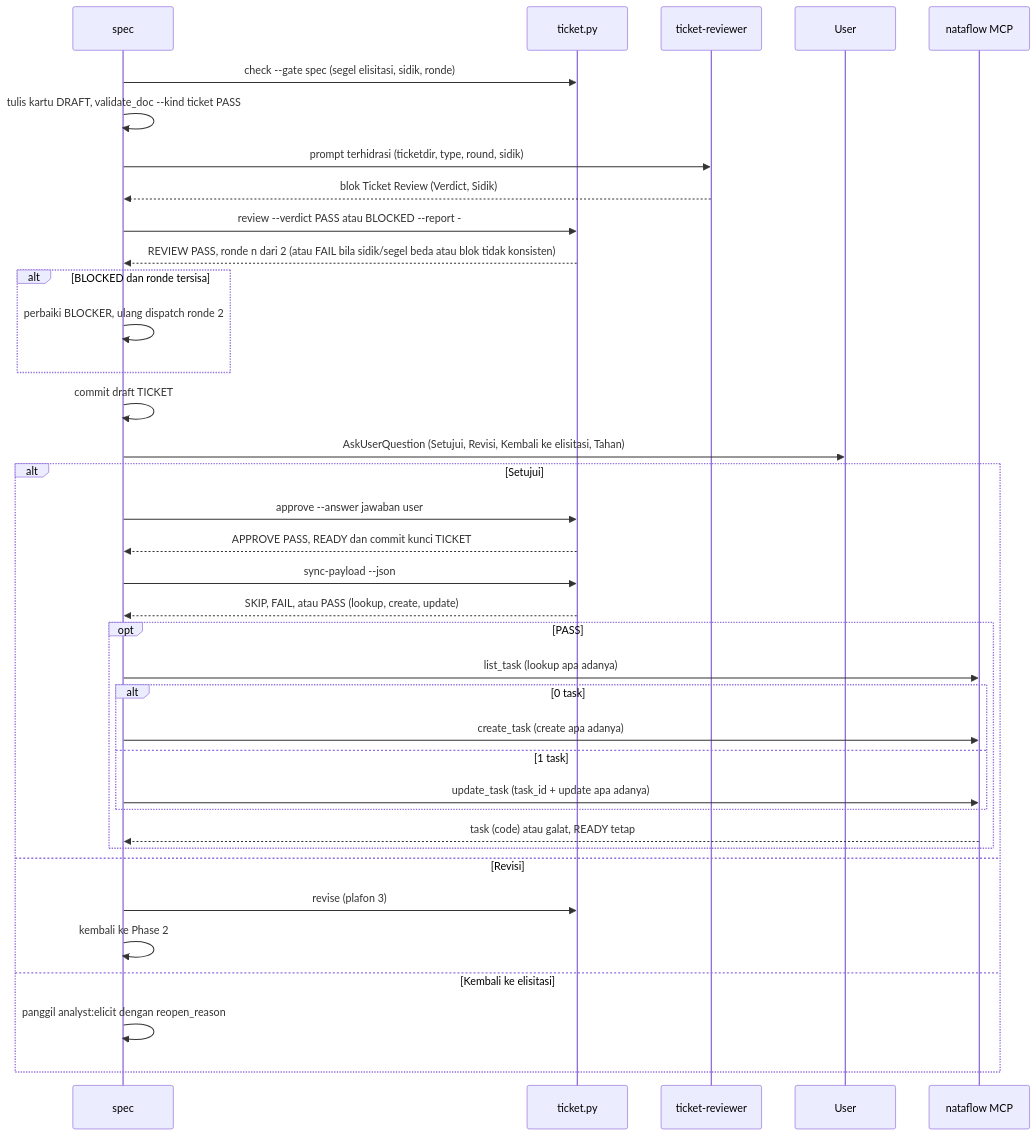
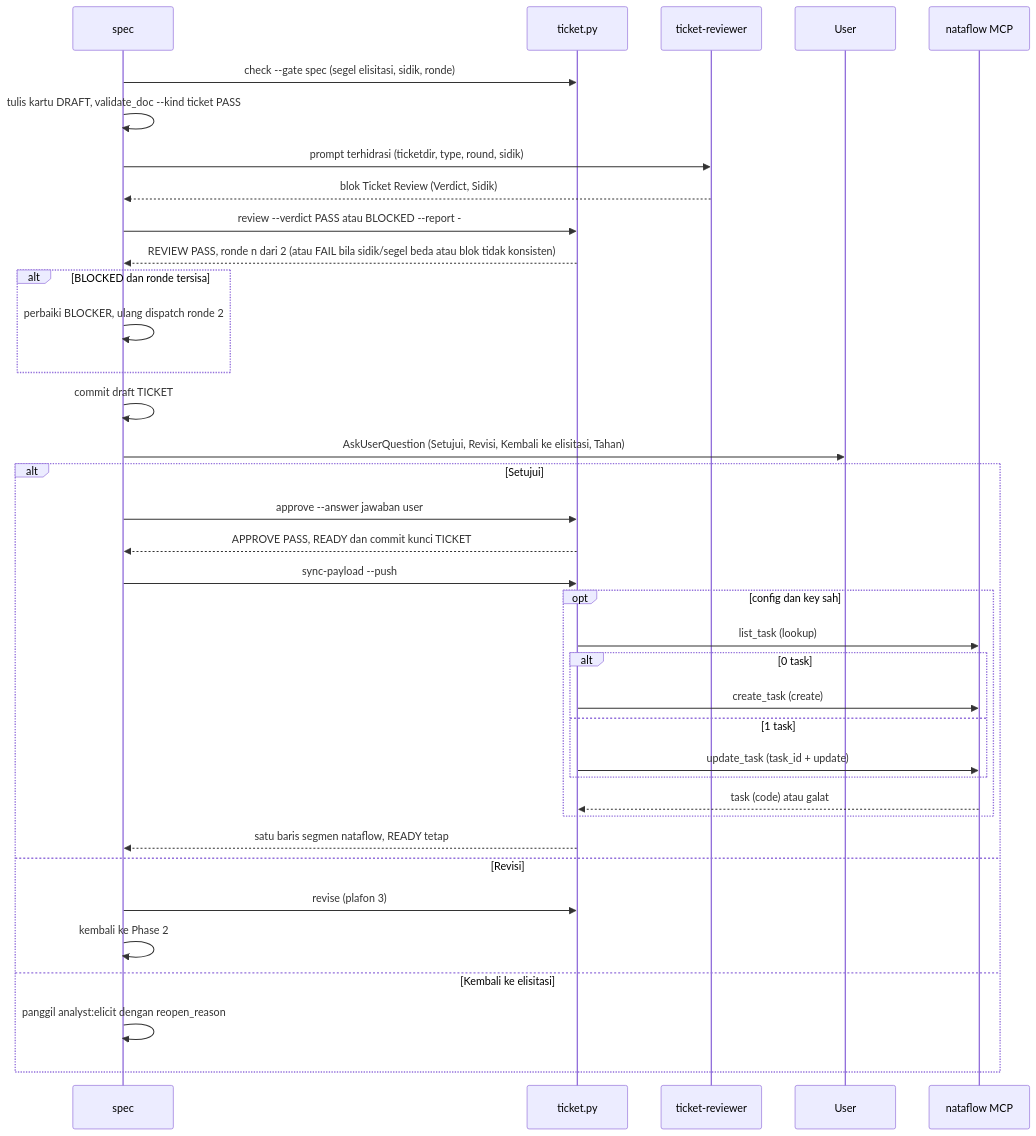
Before and after one commit to nataflow/agentic-workflow: the third of 6 diagrams in flow/analyst.md, drawn with Mermaid. The commit also changed other lines of this file and 29 other files, not shown here.

First line of the commit message:
docs(sync): prosedur sinkron satu perintah --push, setup url + key lokal, panduan migrasi (29 S7)

````diff
--- a/flow/analyst.md
+++ b/flow/analyst.md
@@ -305,39 +305,39 @@
 ```mermaid
 sequenceDiagram
     participant S as spec
     participant T as ticket.py
     participant R as ticket-reviewer
     participant U as User
     participant N as nataflow MCP
     S->>T: check --gate spec (segel elisitasi, sidik, ronde)
     S->>S: tulis kartu DRAFT, validate_doc --kind ticket PASS
     S->>R: prompt terhidrasi (ticketdir, type, round, sidik)
     R-->>S: blok Ticket Review (Verdict, Sidik)
     S->>T: review --verdict PASS atau BLOCKED --report -
     T-->>S: REVIEW PASS, ronde n dari 2 (atau FAIL bila sidik/segel beda atau blok tidak konsisten)
     alt BLOCKED dan ronde tersisa
         S->>S: perbaiki BLOCKER, ulang dispatch ronde 2
     end
     S->>S: commit draft TICKET
     S->>U: AskUserQuestion (Setujui, Revisi, Kembali ke elisitasi, Tahan)
     alt Setujui
         S->>T: approve --answer jawaban user
         T-->>S: APPROVE PASS, READY dan commit kunci TICKET
-        S->>T: sync-payload --json
-        T-->>S: SKIP, FAIL, atau PASS (lookup, create, update)
-        opt PASS
-            S->>N: list_task (lookup apa adanya)
+        S->>T: sync-payload --push
+        opt config dan key sah
+            T->>N: list_task (lookup)
             alt 0 task
-                S->>N: create_task (create apa adanya)
+                T->>N: create_task (create)
             else 1 task
-                S->>N: update_task (task_id + update apa adanya)
+                T->>N: update_task (task_id + update)
             end
-            N-->>S: task (code) atau galat, READY tetap
+            N-->>T: task (code) atau galat
         end
+        T-->>S: satu baris segmen nataflow, READY tetap
     else Revisi
         S->>T: revise (plafon 3)
         S->>S: kembali ke Phase 2
     else Kembali ke elisitasi
         S->>S: panggil analyst:elicit dengan reopen_reason
     end
 ```
````
